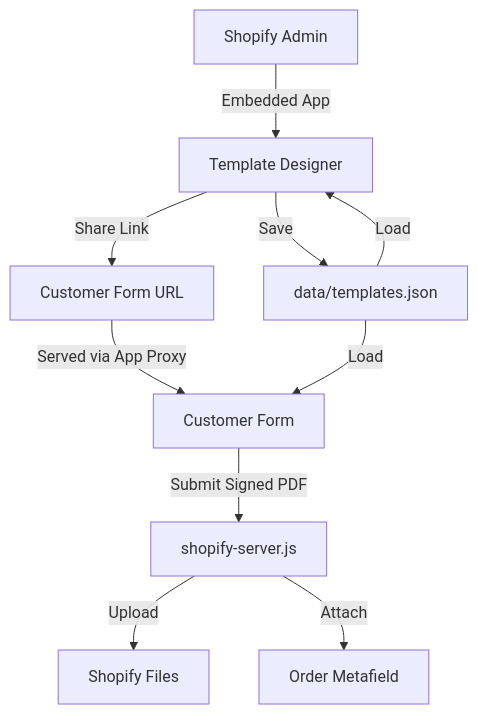
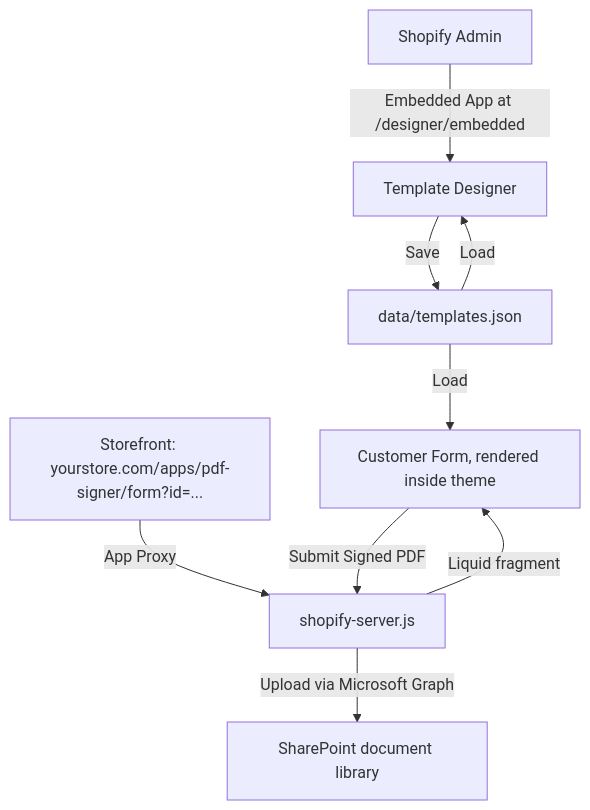
Before and after one commit to AhmedVohra/yog-shopify-st4-form: the diagram in README.md, drawn with Mermaid. The commit also changed other lines of this file and 1 other file, not shown here.

Commit message:
docs: update README and CLAUDE.md for clarity on app structure and deployment process

````diff
--- a/README.md
+++ b/README.md
@@ -87,12 +39,11 @@
 ```mermaid
 graph TD
-    A[Shopify Admin] -->|Embedded App| B[Template Designer]
+    A[Shopify Admin] -->|Embedded App at /designer/embedded| B[Template Designer]
     B -->|Save| C[data/templates.json]
-    B -->|Share Link| D[Customer Form URL]
-    D -->|Served via App Proxy| E[Customer Form]
-    E -->|Submit Signed PDF| F[shopify-server.js]
-    F -->|Upload| G[Shopify Files]
-    F -->|Attach| H[Order Metafield]
-    C -->|Load| E
+    D[Storefront: yourstore.com/apps/pdf-signer/form?id=...] -->|App Proxy| E[shopify-server.js]
+    E -->|Liquid fragment| F[Customer Form, rendered inside theme]
+    F -->|Submit Signed PDF| E
+    E -->|Upload via Microsoft Graph| G[SharePoint document library]
+    C -->|Load| F
     C -->|Load| B
 ```
````
